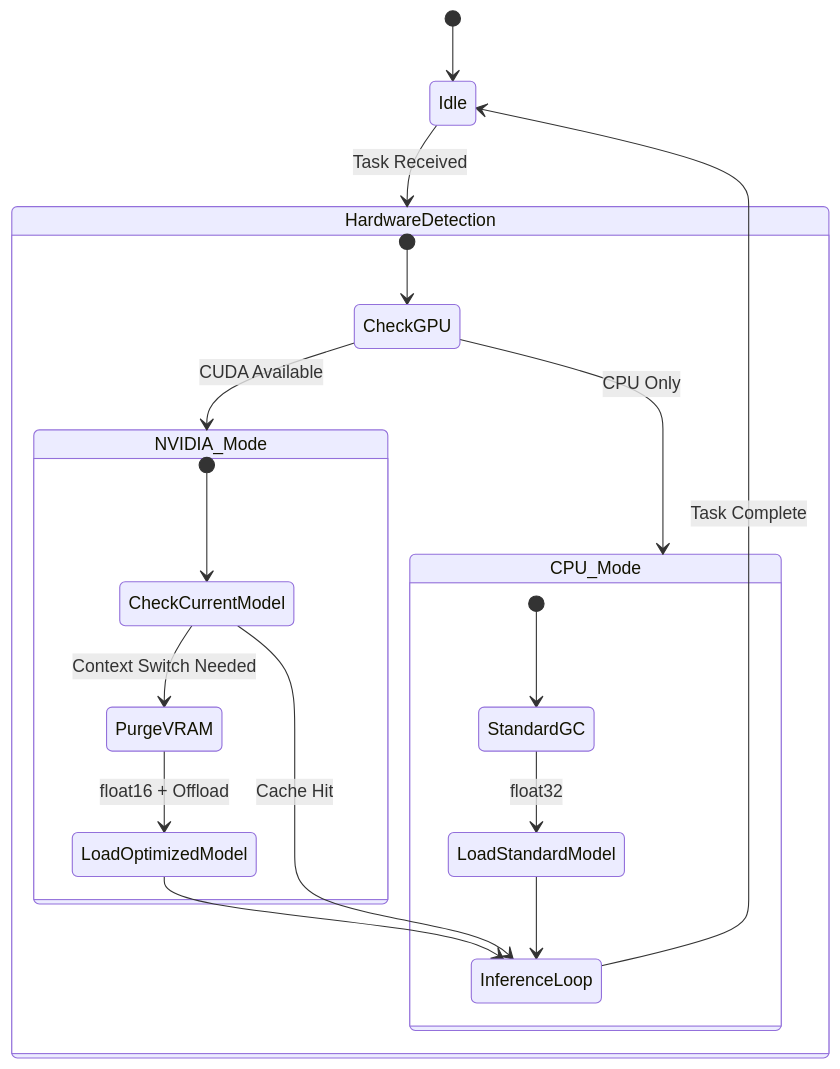
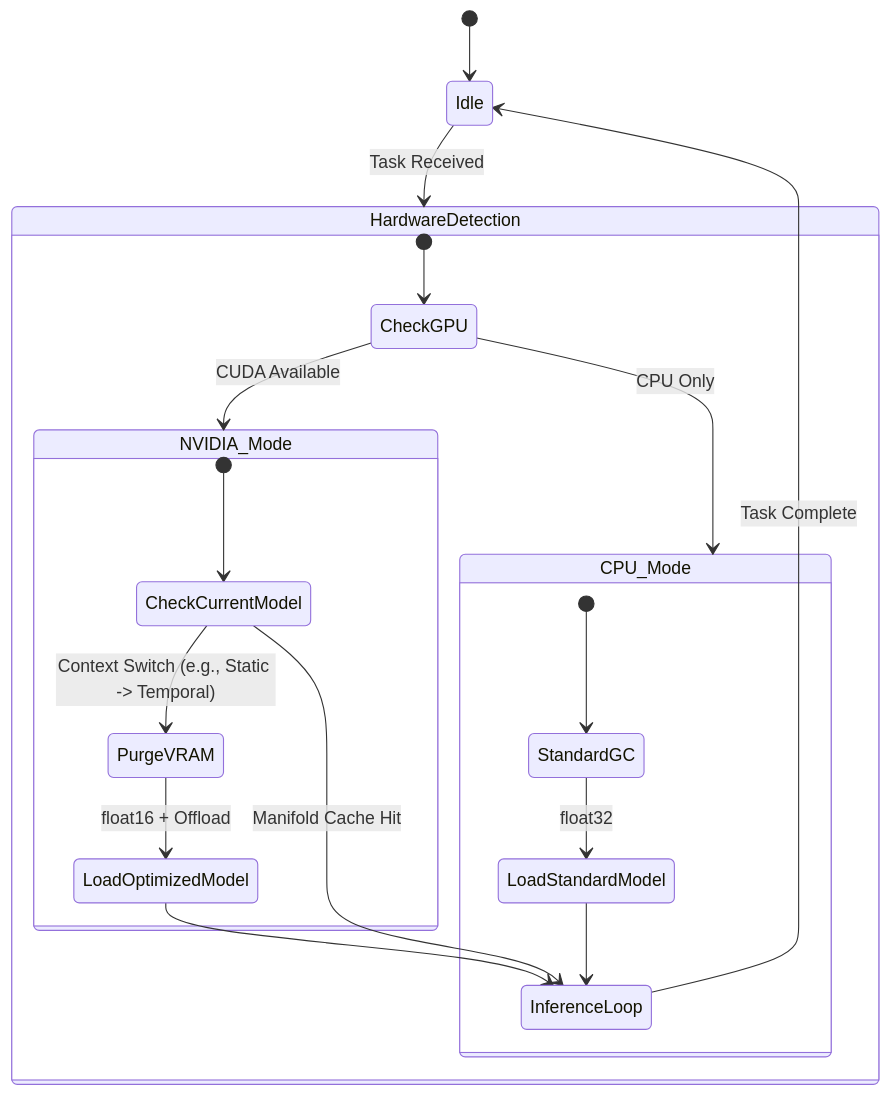
One commit to enriquegonzalezgutierrez/z_realism_ai changed the second of 3 diagrams in README.md. Above: the diagram before and after it, drawn with Mermaid. The commit also changed other lines of this file and 118 other files, not shown here.

````diff
--- a/README.md
+++ b/README.md
@@ -61,27 +61,27 @@
 ```mermaid
 stateDiagram-v2
     [*] --> Idle
     Idle --> HardwareDetection: Task Received
     
     state HardwareDetection {
         [*] --> CheckGPU
         CheckGPU --> NVIDIA_Mode: CUDA Available
         CheckGPU --> CPU_Mode: CPU Only
     }
 
     state NVIDIA_Mode {
         [*] --> CheckCurrentModel
-        CheckCurrentModel --> PurgeVRAM: Context Switch Needed
+        CheckCurrentModel --> PurgeVRAM: Context Switch (e.g., Static -> Temporal)
         PurgeVRAM --> LoadOptimizedModel: float16 + Offload
         LoadOptimizedModel --> InferenceLoop
-        CheckCurrentModel --> InferenceLoop: Cache Hit
+        CheckCurrentModel --> InferenceLoop: Manifold Cache Hit
     }
 
     state CPU_Mode {
         [*] --> StandardGC
         StandardGC --> LoadStandardModel: float32
         LoadStandardModel --> InferenceLoop
     }
 
     InferenceLoop --> Idle: Task Complete
 ```
````
